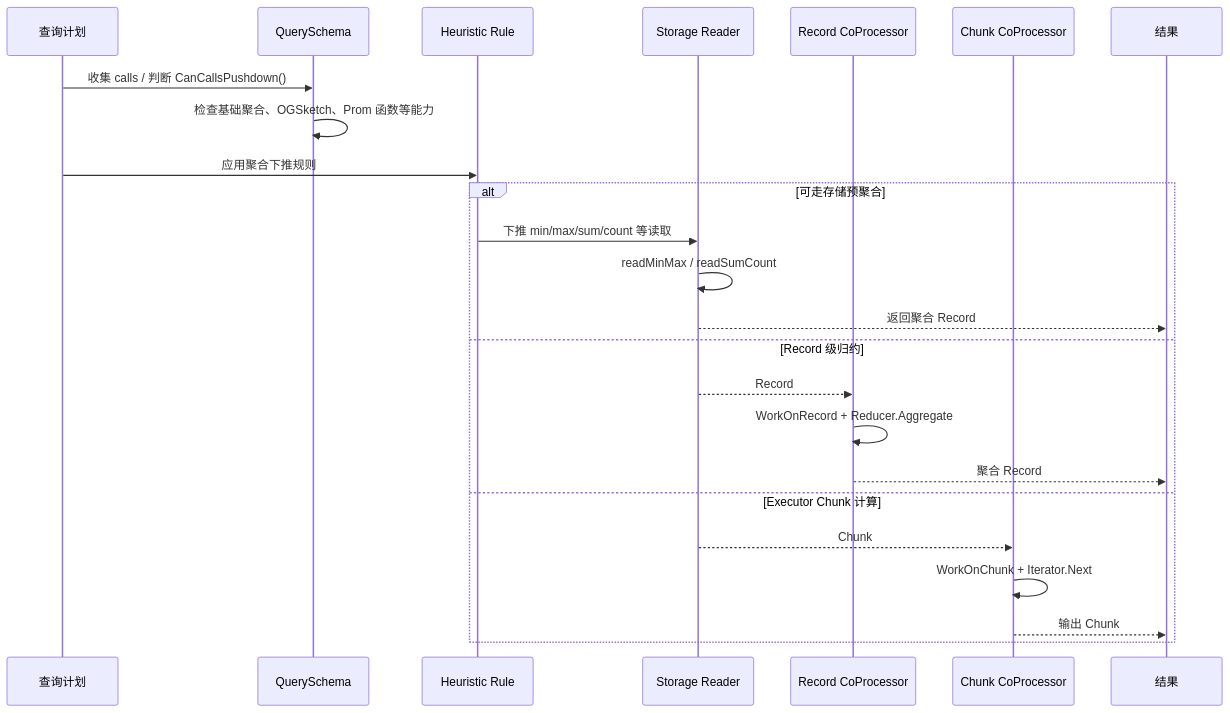
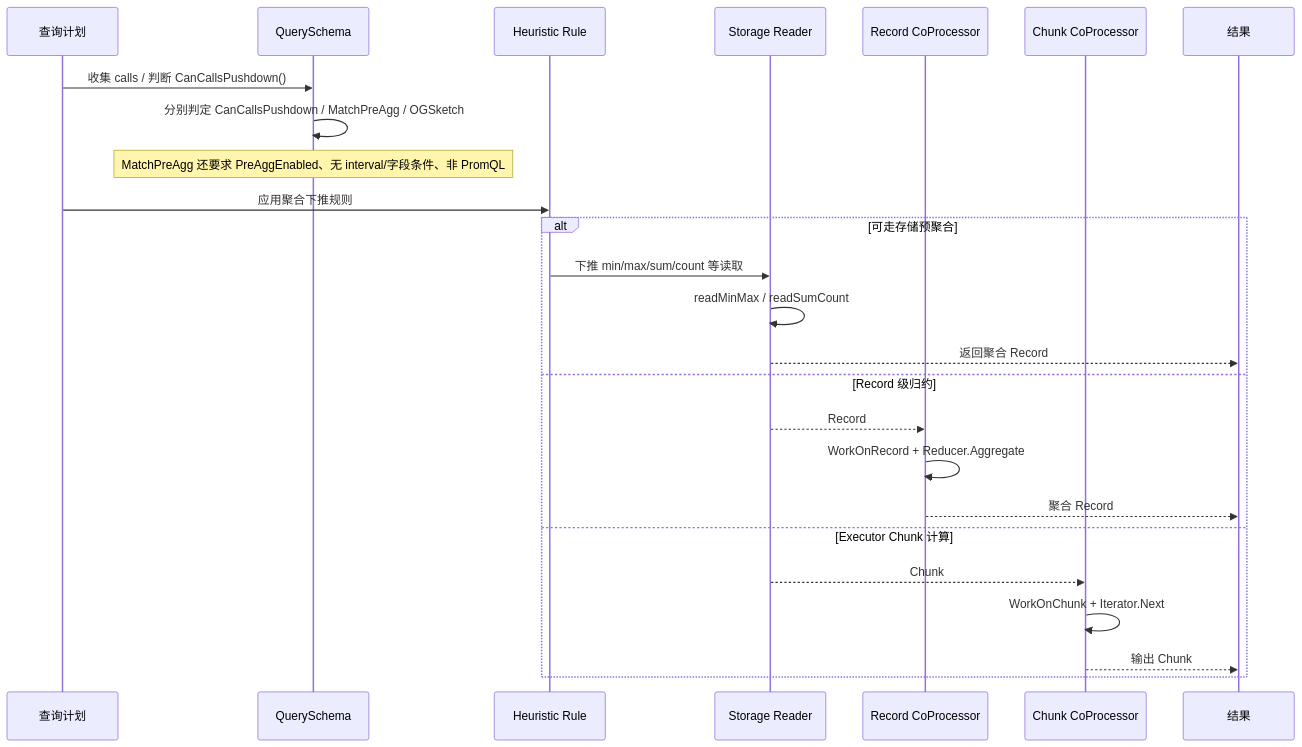
The second of 2 diagrams in docs/specs/24_coprocessor_pushdown_spec.md (stefanv5/openGemini), drawn with Mermaid before and after one commit. The commit also changed other lines of this file and 37 other files, not shown here.

````diff
--- a/docs/specs/24_coprocessor_pushdown_spec.md
+++ b/docs/specs/24_coprocessor_pushdown_spec.md
@@ -147,27 +154,28 @@
 ```mermaid
 sequenceDiagram
     participant Plan as 查询计划
     participant Schema as QuerySchema
     participant Rule as Heuristic Rule
     participant Reader as Storage Reader
     participant RCP as Record CoProcessor
     participant ECP as Chunk CoProcessor
     participant Out as 结果
 
     Plan->>Schema: 收集 calls / 判断 CanCallsPushdown()
-    Schema->>Schema: 检查基础聚合、OGSketch、Prom 函数等能力
+    Schema->>Schema: 分别判定 CanCallsPushdown / MatchPreAgg / OGSketch
+    Note over Schema: MatchPreAgg 还要求 PreAggEnabled、无 interval/字段条件、非 PromQL
     Plan->>Rule: 应用聚合下推规则
     alt 可走存储预聚合
         Rule->>Reader: 下推 min/max/sum/count 等读取
         Reader->>Reader: readMinMax / readSumCount
         Reader-->>Out: 返回聚合 Record
     else Record 级归约
         Reader-->>RCP: Record
         RCP->>RCP: WorkOnRecord + Reducer.Aggregate
         RCP-->>Out: 聚合 Record
     else Executor Chunk 计算
         Reader-->>ECP: Chunk
         ECP->>ECP: WorkOnChunk + Iterator.Next
         ECP-->>Out: 输出 Chunk
     end
 ```
````
